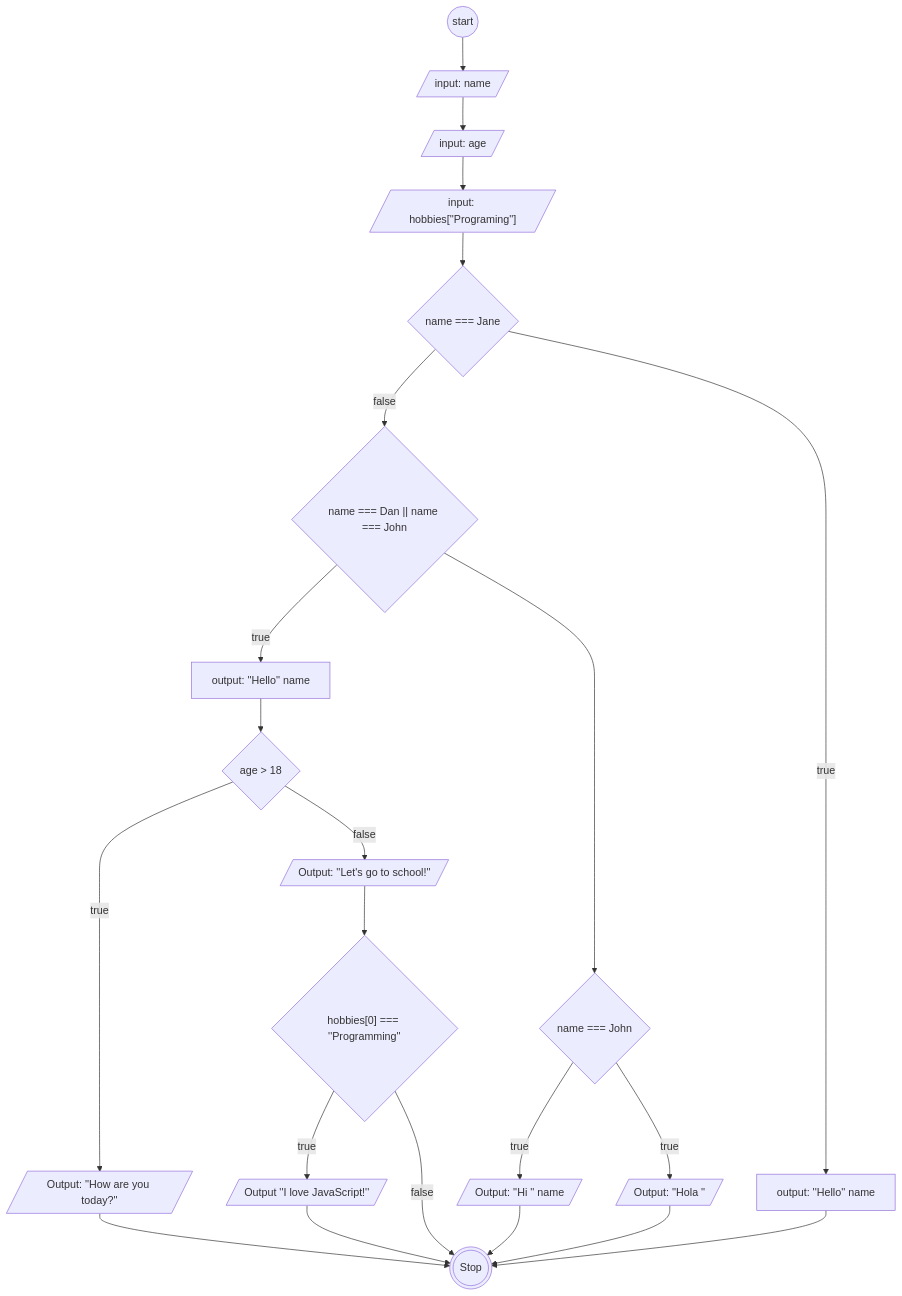
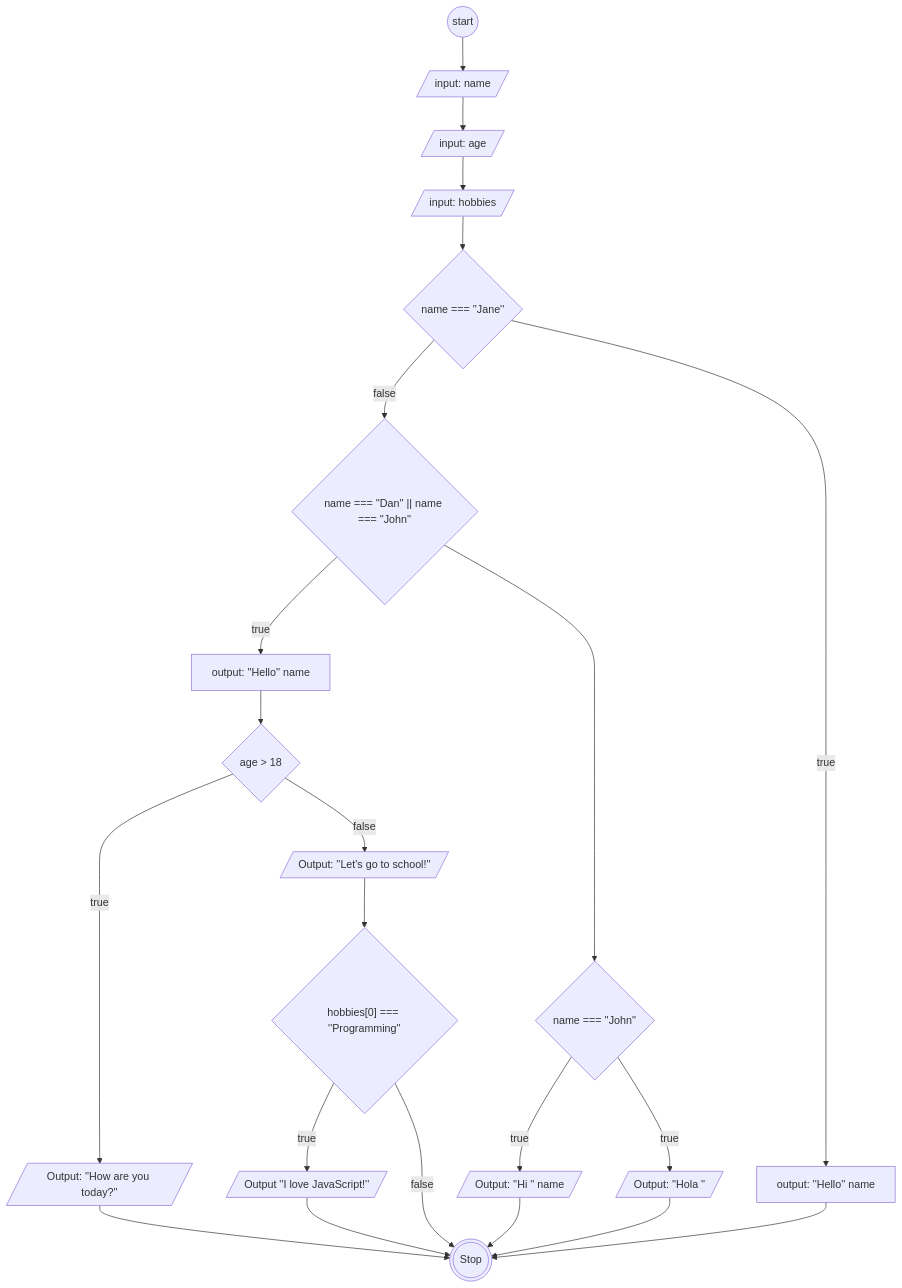
Before and after one commit to AbiPasundan/koda-b6-javascript1: the diagram in task3.md, drawn with Mermaid.

````diff
--- a/task3.md
+++ b/task3.md
@@ -25,46 +25,46 @@
 ```mermaid
 flowchart TB
  Start@{ shape: circ, label: "start"}
  name@{ shape: lean-r, label: "input: name"}
  age@{ shape: lean-r, label: "input: age"}
- hobi@{ shape: lean-r, label: "input: hobbies[''Programing'']"}
+ hobi@{ shape: lean-r, label: "input: hobbies"}
 
- validateNameJane@{ shape: diamond, label: "name === Jane"}
+ validateNameJane@{ shape: diamond, label: "name === ''Jane''"}
 
 
 
- validateNameDanOrJohn@{ shape: diamond, label: "name === Dan || name === John"}
+ validateNameDanOrJohn@{ shape: diamond, label: "name === ''Dan'' || name === ''John''"}
 
 
- validateNameDanOrJohnFalse@{ shape: diamond, label: "name === John"}
+ validateNameDanOrJohnFalse@{ shape: diamond, label: "name === ''John''"}
  validateNameDanOrJohnFalseTrue@{ shape: lean-r, label: "Output: ''Hi '' name"}
  validateNameDanOrJohnFalseFalse@{ shape: lean-r, label: "Output: ''Hola ''"}
 
  validateAgeDanOrJohn@{ shape: diamond, label: "age > 18"}
  validateAgeDanOrJohnTrue@{ shape: lean-r, label: "Output: ''How are you today?''"}
  validateAgeDanOrJohnFalse@{ shape: lean-r, label: "Output: ''Let's go to school!''"}
 
  validateAgeDanOrJohnHobbies@{ shape: diamond, label: "hobbies[0] === ''Programming''"}
  validateAgeDanOrJohnHobbiesTrue@{ shape: lean-r, label: " Output ''I love JavaScript!''"}
 
  helloDanOrJohn@{ shape: rect, label: "output: ''Hello'' name"}
  hellojane@{ shape: rect, label: "output: ''Hello'' name"}
 
 
  Stop@{ shape: dbl-circ, label: "Stop"}
 
 
  Start-->name-->age-->hobi-->validateNameJane-->|false|validateNameDanOrJohn
 
 
  validateNameDanOrJohn-->|true|helloDanOrJohn-->validateAgeDanOrJohn-->|true|validateAgeDanOrJohnTrue-->Stop
 
  validateAgeDanOrJohn-->|false|validateAgeDanOrJohnFalse-->validateAgeDanOrJohnHobbies-->|true|validateAgeDanOrJohnHobbiesTrue-->Stop
  validateAgeDanOrJohnHobbies-->|false|Stop
 
 
  validateNameDanOrJohn-->validateNameDanOrJohnFalse-->|true|validateNameDanOrJohnFalseTrue-->Stop
  validateNameDanOrJohnFalse-->|true|validateNameDanOrJohnFalseFalse-->Stop
 
  validateNameJane-->|true|hellojane-->Stop
 ```
````
